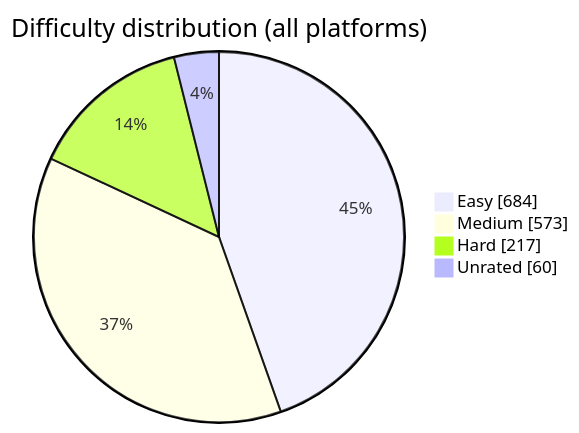
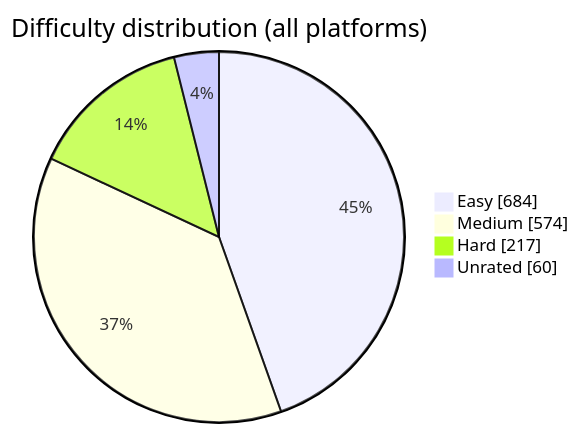
The diagram in README.md (BuildbyArindam/Daily-Coding-Log), drawn with Mermaid before and after one commit. The commit also changed other lines of this file, not shown here.

````diff
--- a/README.md
+++ b/README.md
@@ -93,7 +93,7 @@
 ```mermaid
 pie showData title Difficulty distribution (all platforms)
     "Easy" : 684
-    "Medium" : 573
+    "Medium" : 574
     "Hard" : 217
     "Unrated" : 60
 ```
````
